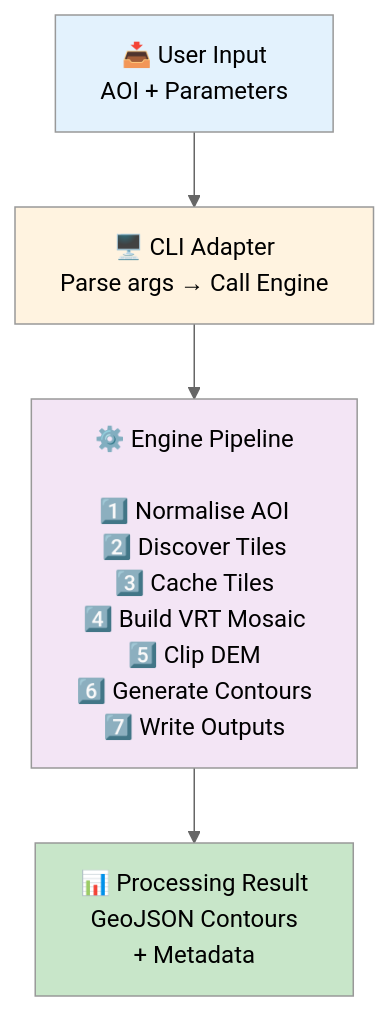
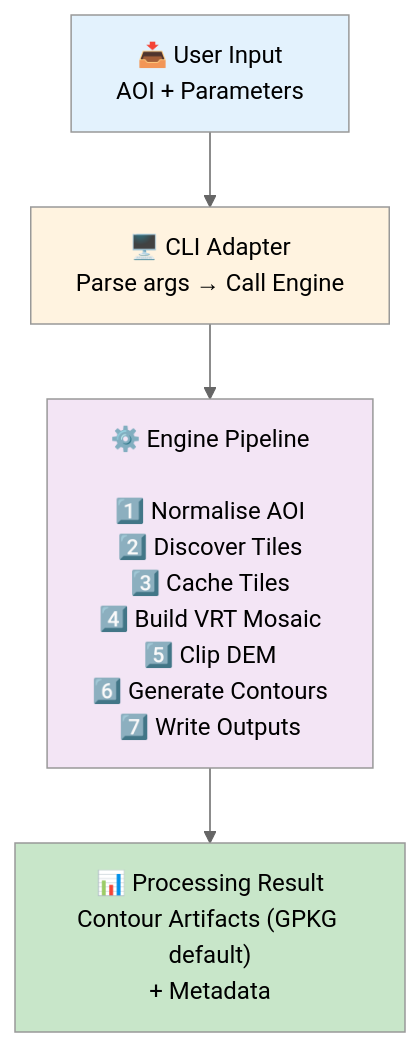
Before and after one commit to dothackerman/keyline-planner: the second of 2 diagrams in docs/architecture/03-context-scope.md, drawn with Mermaid (neutral theme). The commit also changed 7 other files, not shown here.

````diff
--- a/docs/architecture/03-context-scope.md
+++ b/docs/architecture/03-context-scope.md
@@ -35,16 +35,16 @@
 ```mermaid
 graph TD
     A["📥 User Input<br/>AOI + Parameters"]
     B["🖥️ CLI Adapter<br/>Parse args → Call Engine"]
     C["⚙️ Engine Pipeline<br/><br/>1️⃣ Normalise AOI<br/>2️⃣ Discover Tiles<br/>3️⃣ Cache Tiles<br/>4️⃣ Build VRT Mosaic<br/>5️⃣ Clip DEM<br/>6️⃣ Generate Contours<br/>7️⃣ Write Outputs"]
-    D["📊 Processing Result<br/>GeoJSON Contours<br/>+ Metadata"]
+    D["📊 Processing Result<br/>Contour Artifacts (GPKG default)<br/>+ Metadata"]
     
     A --> B
     B --> C
     C --> D
     
     style A fill:#e3f2fd
     style B fill:#fff3e0
     style C fill:#f3e5f5
     style D fill:#c8e6c9
 ```
````
